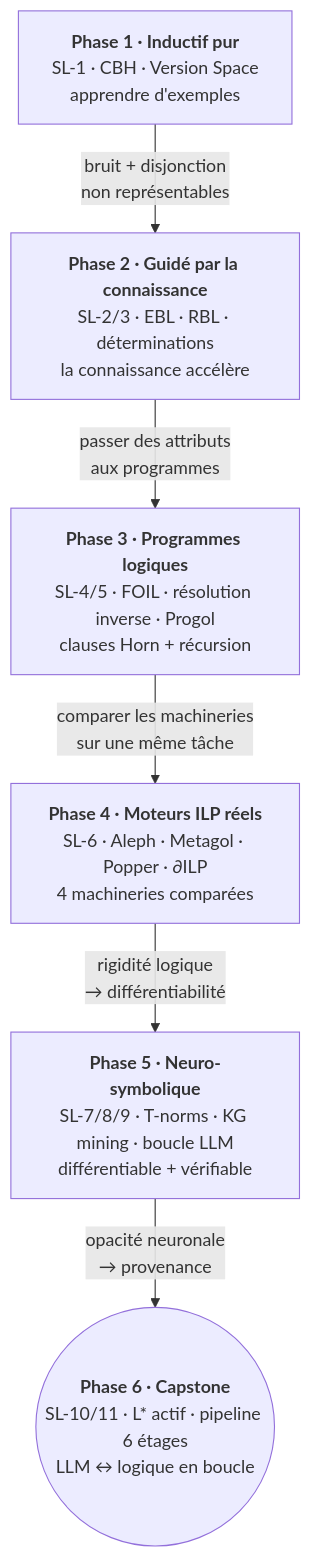
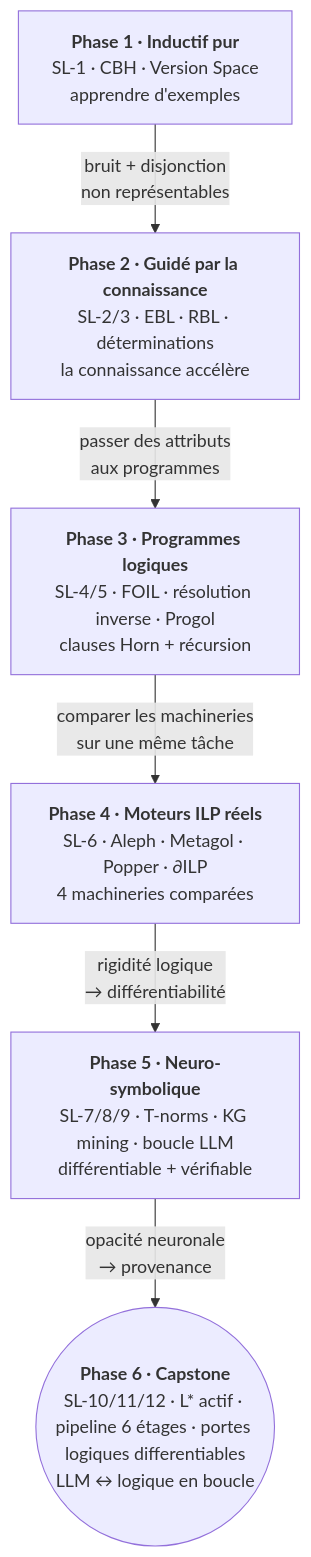
The diagram in MyIA.AI.Notebooks/SymbolicAI/SymbolicLearning/README.md (jsboige/CoursIA), drawn with Mermaid before and after one commit. The commit also changed other lines of this file and 20 other files, not shown here.

````diff
--- a/MyIA.AI.Notebooks/SymbolicAI/SymbolicLearning/README.md
+++ b/MyIA.AI.Notebooks/SymbolicAI/SymbolicLearning/README.md
@@ -58,14 +58,14 @@
 ```mermaid
 flowchart TD
     P1["<b>Phase 1 · Inductif pur</b><br/>SL-1 · CBH · Version Space<br/>apprendre d'exemples"]
     P2["<b>Phase 2 · Guidé par la connaissance</b><br/>SL-2/3 · EBL · RBL · déterminations<br/>la connaissance accélère"]
     P3["<b>Phase 3 · Programmes logiques</b><br/>SL-4/5 · FOIL · résolution inverse · Progol<br/>clauses Horn + récursion"]
     P4["<b>Phase 4 · Moteurs ILP réels</b><br/>SL-6 · Aleph · Metagol · Popper · ∂ILP<br/>4 machineries comparées"]
     P5["<b>Phase 5 · Neuro-symbolique</b><br/>SL-7/8/9 · T-norms · KG mining · boucle LLM<br/>différentiable + vérifiable"]
-    P6(("<b>Phase 6 · Capstone</b><br/>SL-10/11 · L* actif · pipeline 6 étages<br/>LLM ↔ logique en boucle"))
+    P6(("<b>Phase 6 · Capstone</b><br/>SL-10/11/12 · L* actif · pipeline 6 étages · portes logiques differentiables<br/>LLM ↔ logique en boucle"))
     P1 -->|"bruit + disjonction<br/>non représentables"| P2
     P2 -->|"passer des attributs<br/>aux programmes"| P3
     P3 -->|"comparer les machineries<br/>sur une même tâche"| P4
     P4 -->|"rigidité logique<br/>→ différentiabilité"| P5
     P5 -->|"opacité neuronale<br/>→ provenance"| P6
 ```
````
